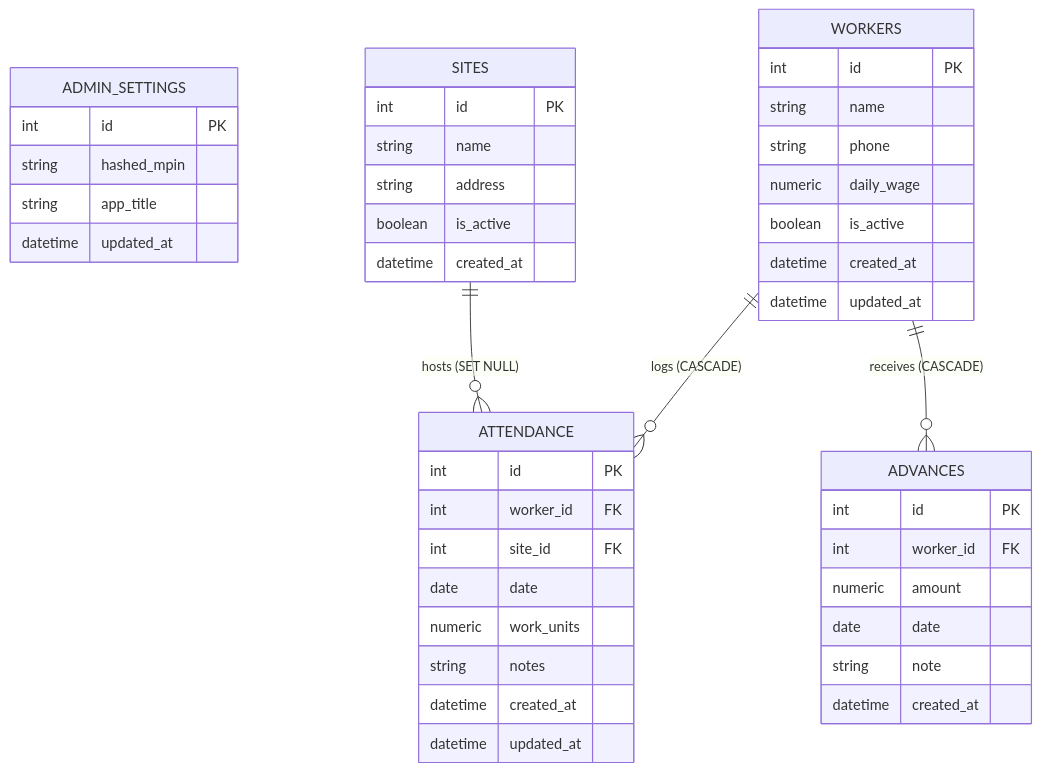
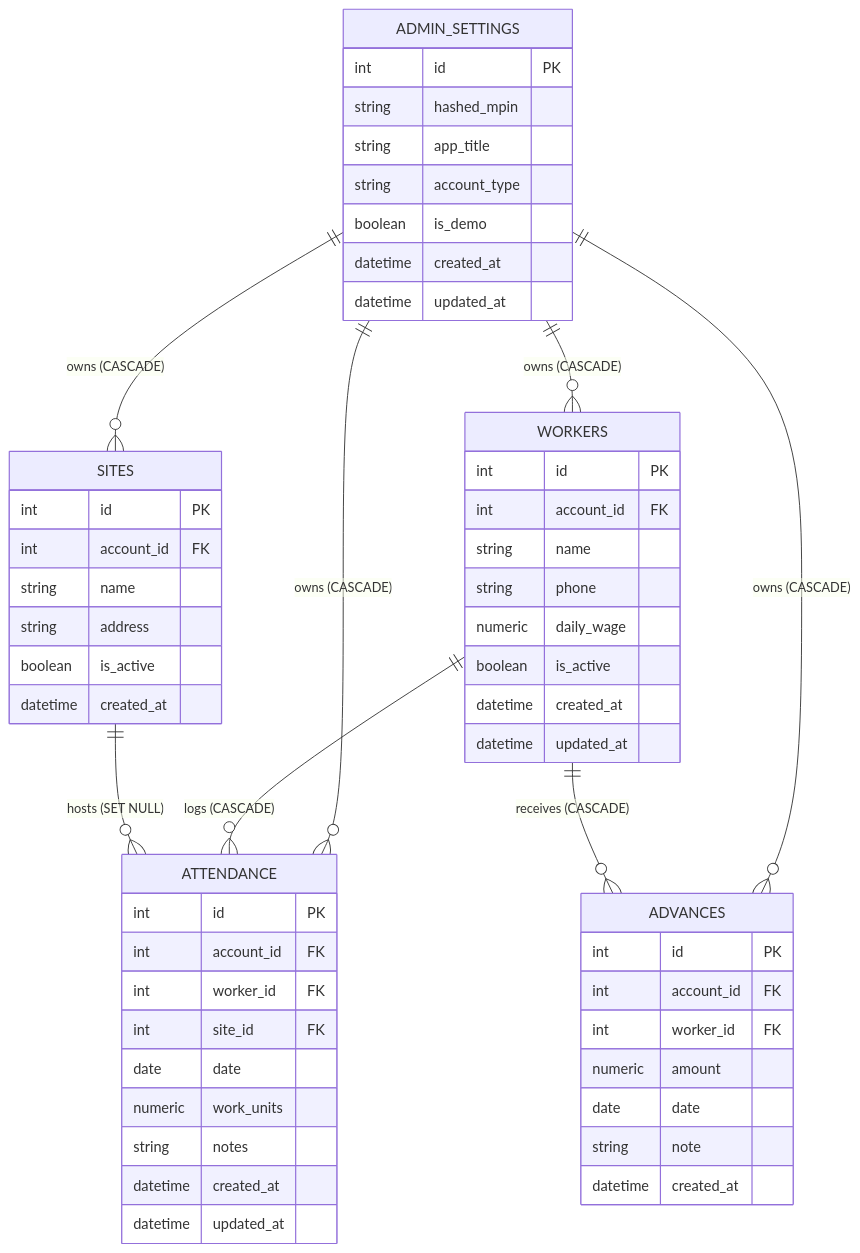
One commit to lakshya-makwana/Attendly changed the diagram in DATABASE.md. Above: the diagram before and after it, drawn with Mermaid. The commit also changed other lines of this file and 31 other files, not shown here.

Commit message:
feat: add multi-account authentication and demo isolation

````diff
--- a/DATABASE.md
+++ b/DATABASE.md
@@ -9,51 +19,62 @@
 ```mermaid
 erDiagram
     ADMIN_SETTINGS {
         int id PK
         string hashed_mpin
         string app_title
+        string account_type
+        boolean is_demo
+        datetime created_at
         datetime updated_at
     }
 
     WORKERS {
         int id PK
+        int account_id FK
         string name
         string phone
         numeric daily_wage
         boolean is_active
         datetime created_at
         datetime updated_at
     }
 
     SITES {
         int id PK
+        int account_id FK
         string name
         string address
         boolean is_active
         datetime created_at
     }
 
     ATTENDANCE {
         int id PK
+        int account_id FK
         int worker_id FK
         int site_id FK
         date date
         numeric work_units
         string notes
         datetime created_at
         datetime updated_at
     }
 
     ADVANCES {
         int id PK
+        int account_id FK
         int worker_id FK
         numeric amount
         date date
         string note
         datetime created_at
     }
 
+    ADMIN_SETTINGS ||--o{ WORKERS : "owns (CASCADE)"
+    ADMIN_SETTINGS ||--o{ SITES : "owns (CASCADE)"
+    ADMIN_SETTINGS ||--o{ ATTENDANCE : "owns (CASCADE)"
+    ADMIN_SETTINGS ||--o{ ADVANCES : "owns (CASCADE)"
     WORKERS ||--o{ ATTENDANCE : "logs (CASCADE)"
     WORKERS ||--o{ ADVANCES : "receives (CASCADE)"
     SITES ||--o{ ATTENDANCE : "hosts (SET NULL)"
 ```
````
